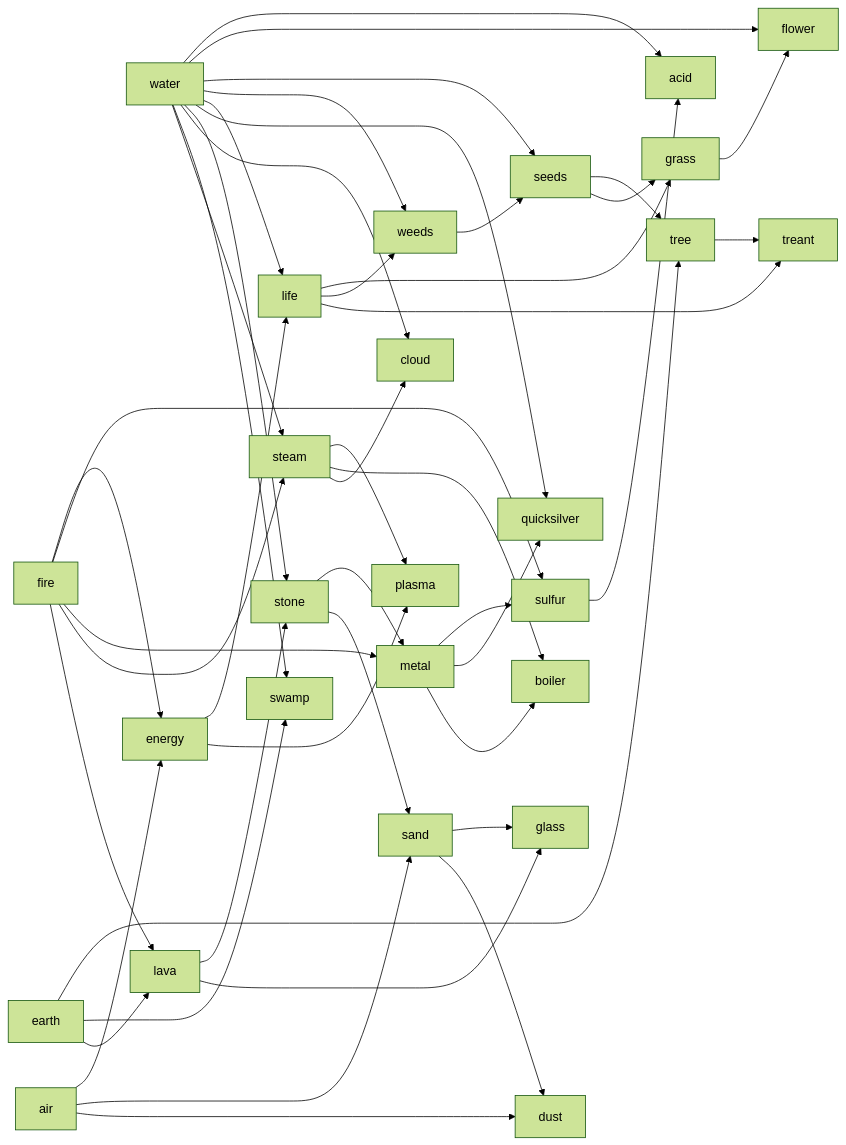
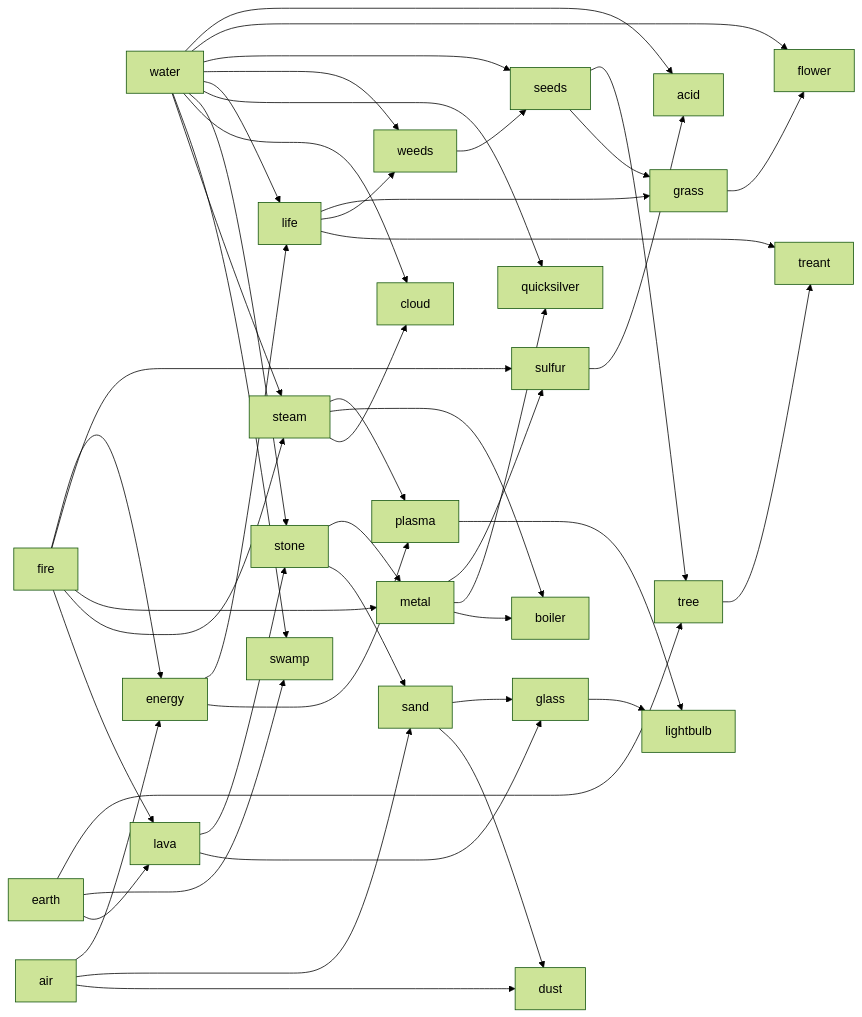
One commit to res0nat0r/doodle-god changed the diagram in README.md. Above: the diagram before and after it, drawn with Mermaid (forest theme).

Commit message:
lightbulb

````diff
--- a/README.md
+++ b/README.md
@@ -4,69 +4,72 @@
 ```mermaid
 graph LR
 
 sulfur -->  acid
 water --> acid
 
 seeds --> tree
 earth --> tree
 
 grass --> flower
 water --> flower
 
 seeds --> grass
 life --> grass
 
 weeds --> seeds
 water --> seeds
 
 life --> weeds
 water --> weeds
 
 energy --> life
 water --> life
 
 energy --> plasma
 steam --> plasma
 
 fire --> energy
 air --> energy
 
 metal --> sulfur
 fire --> sulfur
 
 metal --> quicksilver
 water --> quicksilver
 
 metal --> boiler
 steam --> boiler
 
 stone --> metal
 fire --> metal
 
 lava --> stone
 water --> stone
 
 water --> cloud
 steam --> cloud
 
 earth --> swamp
 water --> swamp
 
 water --> steam
 fire --> steam
 
 fire --> lava
 earth --> lava
 
 tree --> treant
 life --> treant
 
 stone --> sand
 air --> sand
 
 sand --> glass
 lava --> glass
 
 sand --> dust
 air --> dust
+
+glass --> lightbulb
+plasma --> lightbulb
 ```
````
